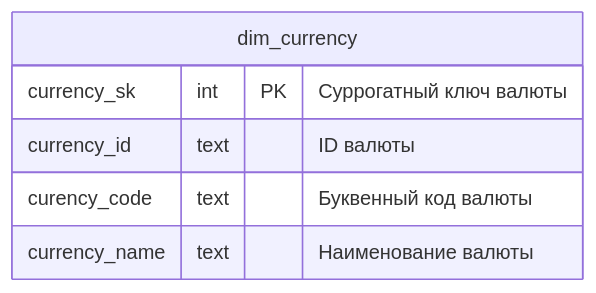
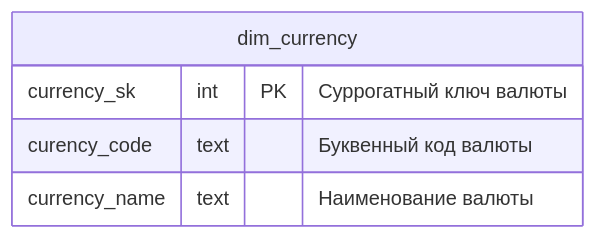
Before and after one commit to vgorbikov/dq-practice: the fifth of 9 diagrams in docs/db_schema/Базовые ввитрины.md, drawn with Mermaid. The commit also changed other lines of this file and 2 other files, not shown here.

Commit message:
fix db-schema

````diff
--- a/docs/db_schema/Базовые ввитрины.md
+++ b/docs/db_schema/Базовые ввитрины.md
@@ -119,10 +118,9 @@
 ```mermaid
 erDiagram
 
 dim_currency {
     currency_sk int PK "Суррогатный ключ валюты"
-    currency_id text "ID валюты"
     curency_code text "Буквенный код валюты"
     currency_name text "Наименование валюты"
 }
 ```
````
